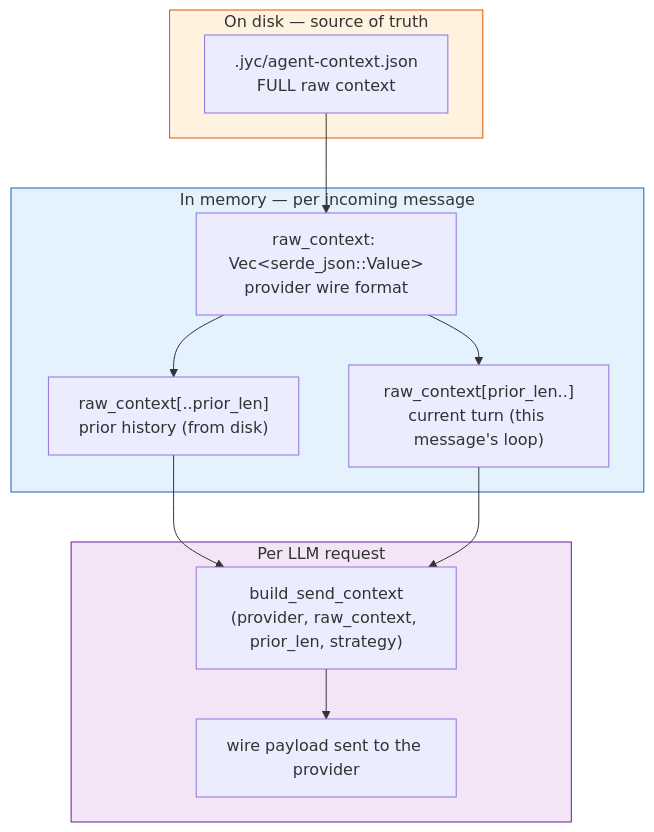
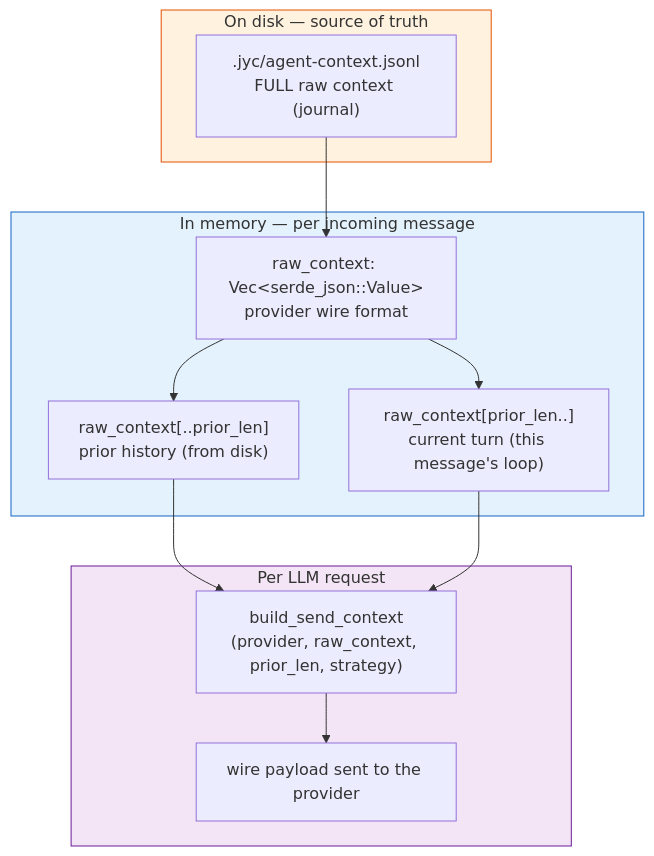
The first of 3 diagrams in docs/architecture/context.md (kingye/jyc), drawn with Mermaid before and after one commit. The commit also changed other lines of this file and 23 other files, not shown here.

First line of the commit message:
perf: raw context as append-only jsonl journal with parse cache (#930)

````diff
--- a/docs/architecture/context.md
+++ b/docs/architecture/context.md
@@ -26,24 +26,24 @@
 ```mermaid
 flowchart TD
     subgraph Disk["On disk — source of truth"]
-        F[".jyc/agent-context.json<br/>FULL raw context"]
+        F[".jyc/agent-context.jsonl<br/>FULL raw context (journal)"]
     end
     subgraph Mem["In memory — per incoming message"]
         RC["raw_context: Vec&lt;serde_json::Value&gt;<br/>provider wire format"]
         PRIOR["raw_context[..prior_len]<br/>prior history (from disk)"]
         CURR["raw_context[prior_len..]<br/>current turn (this message's loop)"]
     end
     subgraph PerReq["Per LLM request"]
         BSC["build_send_context<br/>(provider, raw_context, prior_len, strategy)"]
         WIRE["wire payload sent to the provider"]
     end
     F --> RC
     RC --> PRIOR
     RC --> CURR
     PRIOR --> BSC
     CURR --> BSC
     BSC --> WIRE
     style Disk fill:#fff3e0,stroke:#e65100
     style Mem fill:#e3f2fd,stroke:#1565c0
     style PerReq fill:#f3e5f5,stroke:#6a1b9a
 ```
````
